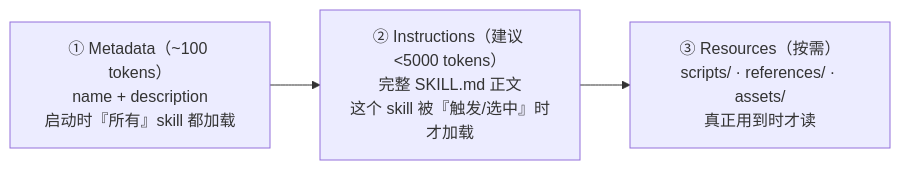
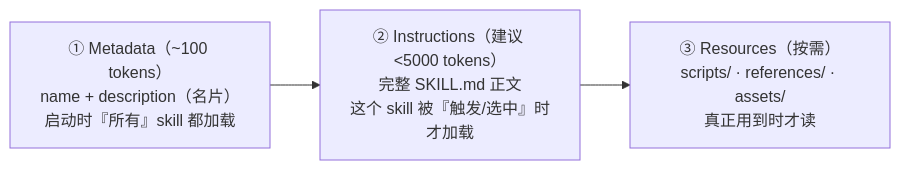
The third of 8 diagrams in docs/agent-extension-landscape.zh-CN.md (LLLLLayer/orbita), drawn with Mermaid before and after one commit. The commit also changed other lines of this file and 27 other files, not shown here.

````diff
--- a/docs/agent-extension-landscape.zh-CN.md
+++ b/docs/agent-extension-landscape.zh-CN.md
@@ -209,5 +160,5 @@
 ```mermaid
 flowchart LR
-    M["① Metadata（~100 tokens）<br/>name + description<br/>启动时『所有』skill 都加载"] --> I["② Instructions（建议 <5000 tokens）<br/>完整 SKILL.md 正文<br/>这个 skill 被『触发/选中』时才加载"]
+    M["① Metadata（~100 tokens）<br/>name + description（名片）<br/>启动时『所有』skill 都加载"] --> I["② Instructions（建议 <5000 tokens）<br/>完整 SKILL.md 正文<br/>这个 skill 被『触发/选中』时才加载"]
     I --> R["③ Resources（按需）<br/>scripts/ · references/ · assets/<br/>真正用到时才读"]
 ```
````
